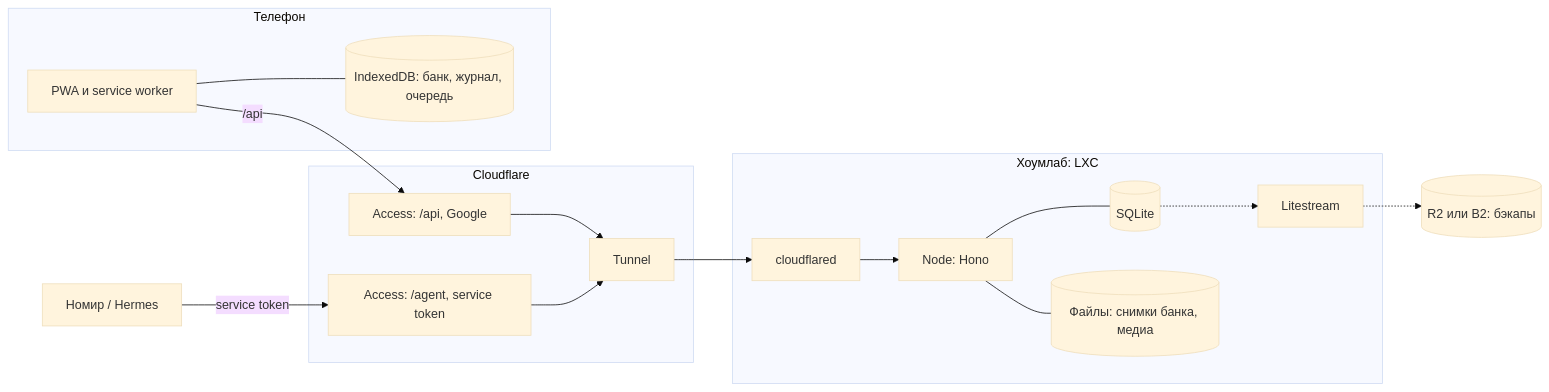
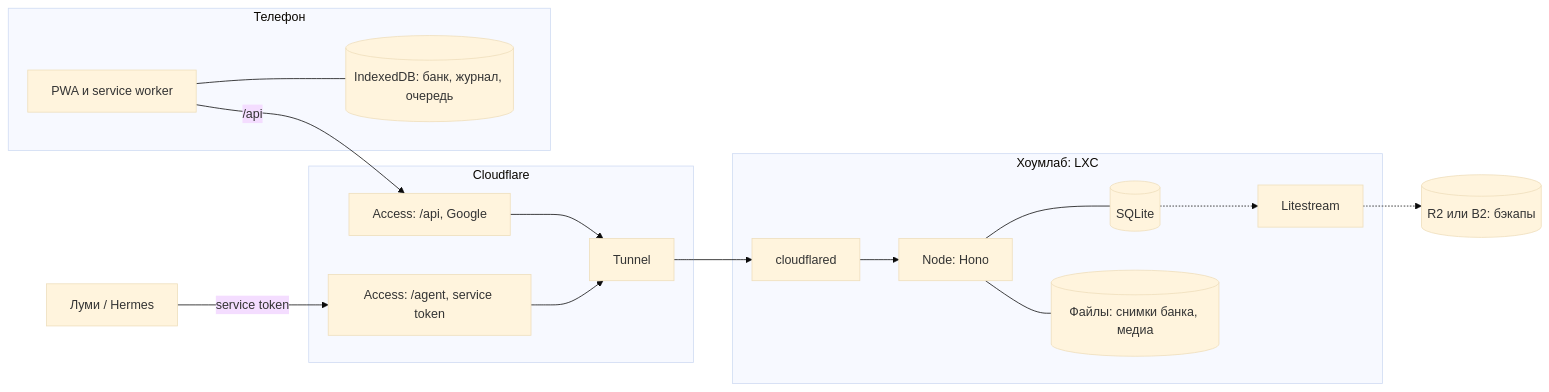
One commit to dmgening/de-trainer changed the diagram in docs/tech-spec.md. Above: the diagram before and after it, drawn with Mermaid (base theme). The commit also changed other lines of this file and 36 other files, not shown here.

First line of the commit message:
agent: rename the Nomir persona to Lumi

````diff
--- a/docs/tech-spec.md
+++ b/docs/tech-spec.md
@@ -28,23 +28,23 @@
 ```mermaid
 flowchart LR
   subgraph Device[Телефон]
     PWA[PWA и service worker] --- IDB[(IndexedDB: банк, журнал, очередь)]
   end
-  Nomir[Номир / Hermes]
+  Lumi[Луми / Hermes]
   subgraph CF[Cloudflare]
     A1[Access: /api, Google]
     A2[Access: /agent, service token]
     T[Tunnel]
   end
   subgraph Home[Хоумлаб: LXC]
     C[cloudflared] --> S[Node: Hono]
     S --- DB[(SQLite)]
     S --- FS[(Файлы: снимки банка, медиа)]
     L[Litestream]
   end
   Off[(R2 или B2: бэкапы)]
   PWA -->|/api| A1 --> T
-  Nomir -->|service token| A2 --> T
+  Lumi -->|service token| A2 --> T
   T --> C
   DB -.-> L -.-> Off
 ```
````
